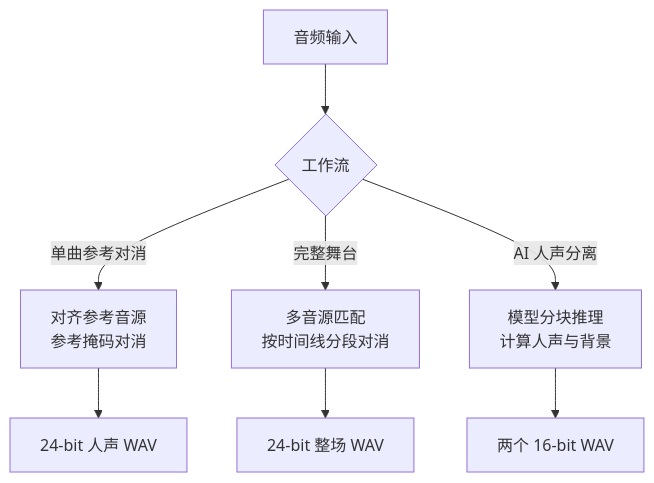
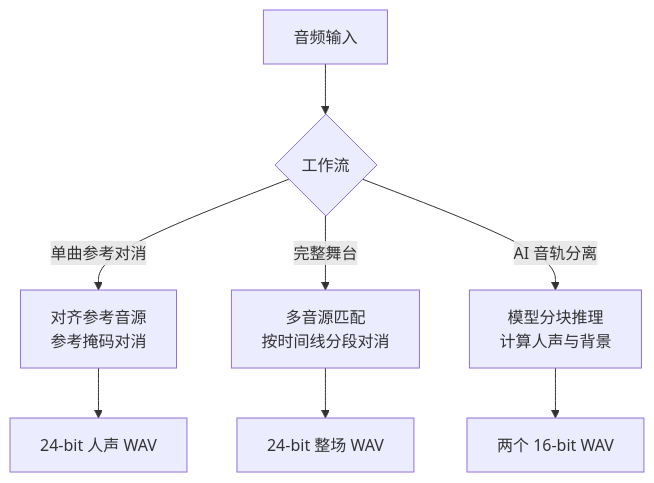
Before and after one commit to ChouChiu/Purivox: the third of 3 diagrams in docs/architecture.md, drawn with Mermaid. The commit also changed other lines of this file and 13 other files, not shown here.

````diff
--- a/docs/architecture.md
+++ b/docs/architecture.md
@@ -86,10 +90,10 @@
 ```mermaid
 flowchart TB
     input["音频输入"] --> choice{"工作流"}
     choice -->|单曲参考对消| mr["对齐参考音源<br/>参考掩码对消"]
     choice -->|完整舞台| stage["多音源匹配<br/>按时间线分段对消"]
-    choice -->|AI 人声分离| ai["模型分块推理<br/>计算人声与背景"]
+    choice -->|AI 音轨分离| ai["模型分块推理<br/>计算人声与背景"]
     mr --> mrout["24-bit 人声 WAV"]
     stage --> stageout["24-bit 整场 WAV"]
     ai --> aiout["两个 16-bit WAV"]
 ```
````
